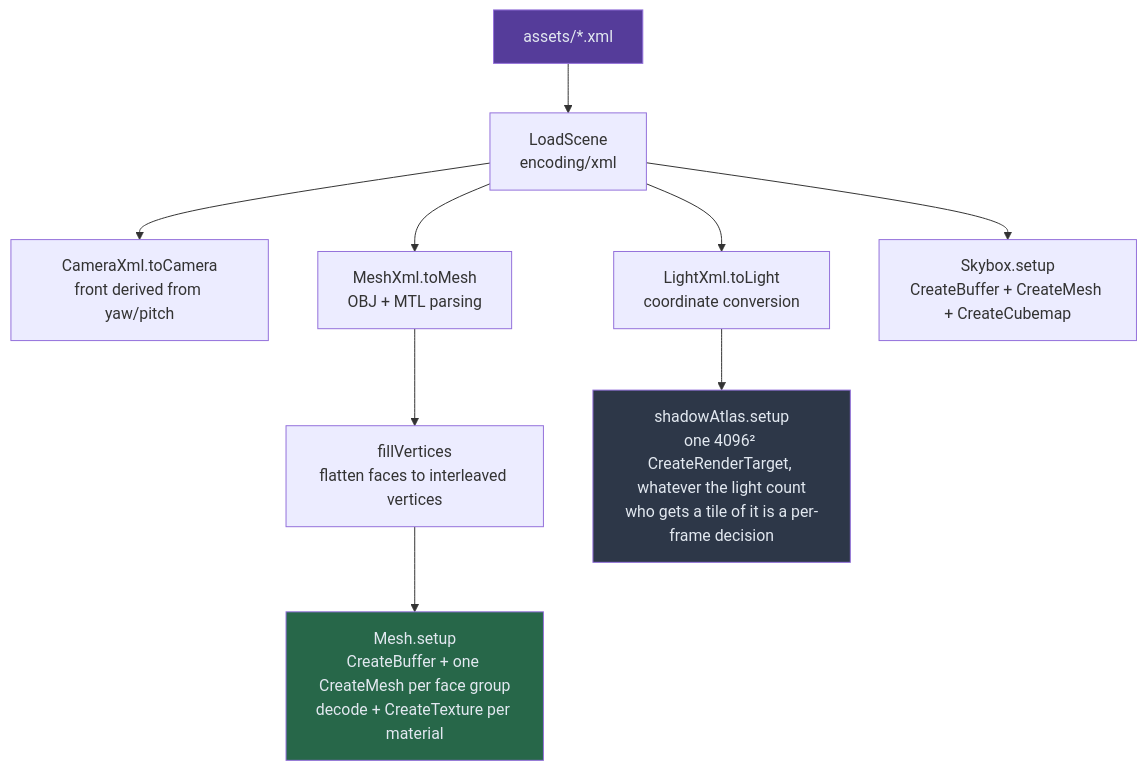
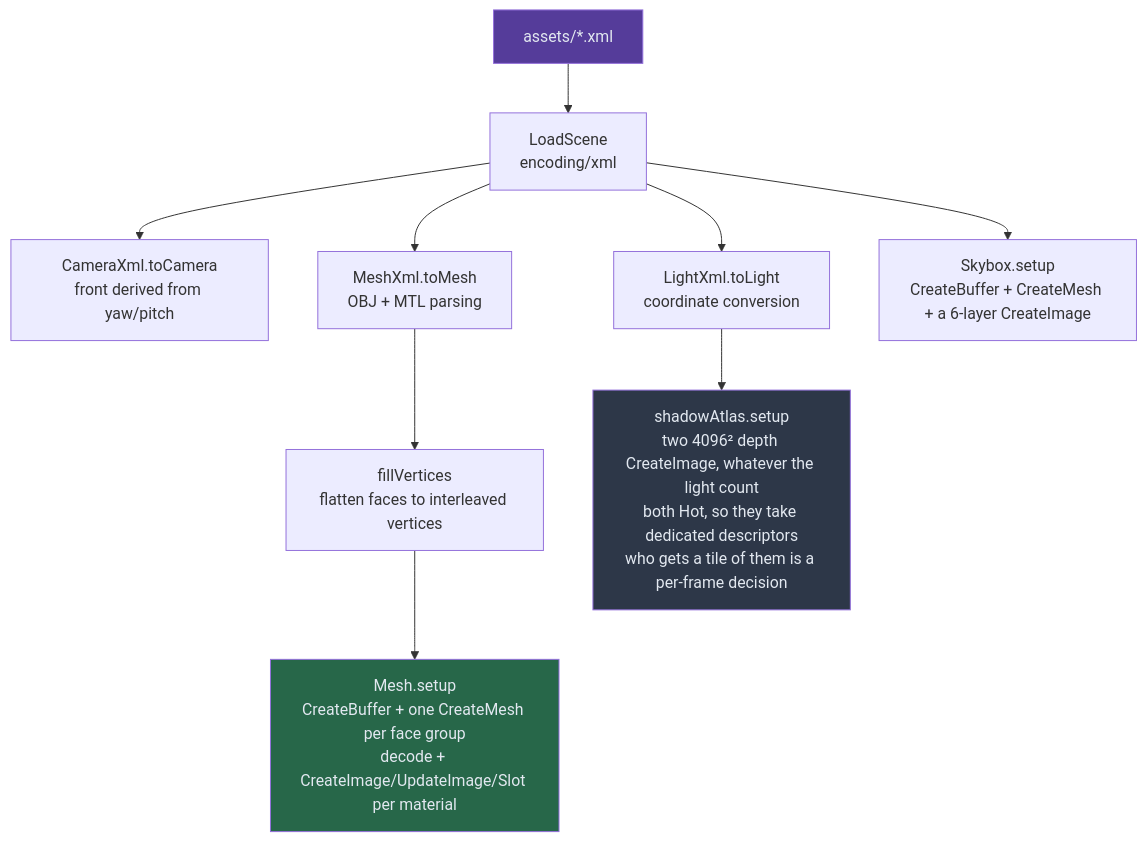
One commit to Zephyr75/overdrive changed the second of 3 diagrams in notes/ARCHITECTURE.md. Above: the diagram before and after it, drawn with Mermaid. The commit also changed other lines of this file and 55 other files, not shown here.

````diff
--- a/notes/ARCHITECTURE.md
+++ b/notes/ARCHITECTURE.md
@@ -167,19 +173,19 @@
 ```mermaid
 flowchart TD
     X["assets/*.xml"] --> P["LoadScene<br/>encoding/xml"]
 
     P --> CA["CameraXml.toCamera<br/>front derived from yaw/pitch"]
     P --> ME["MeshXml.toMesh<br/>OBJ + MTL parsing"]
     P --> LI["LightXml.toLight<br/>coordinate conversion"]
 
     ME --> FV["fillVertices<br/>flatten faces to interleaved vertices"]
-    FV --> SU["Mesh.setup<br/>CreateBuffer + one CreateMesh per face group<br/>decode + CreateTexture per material"]
+    FV --> SU["Mesh.setup<br/>CreateBuffer + one CreateMesh per face group<br/>decode + CreateImage/UpdateImage/Slot per material"]
 
-    LI --> LS["shadowAtlas.setup<br/>one 4096² CreateRenderTarget, whatever the light count<br/>who gets a tile of it is a per-frame decision"]
+    LI --> LS["shadowAtlas.setup<br/>two 4096² depth CreateImage, whatever the light count<br/>both Hot, so they take dedicated descriptors<br/>who gets a tile of them is a per-frame decision"]
 
-    P --> SK["Skybox.setup<br/>CreateBuffer + CreateMesh + CreateCubemap"]
+    P --> SK["Skybox.setup<br/>CreateBuffer + CreateMesh + a 6-layer CreateImage"]
 
     style X fill:#553c9a,color:#e2e8f0
     style SU fill:#276749,color:#e2e8f0
     style LS fill:#2d3748,color:#e2e8f0
 ```
````
